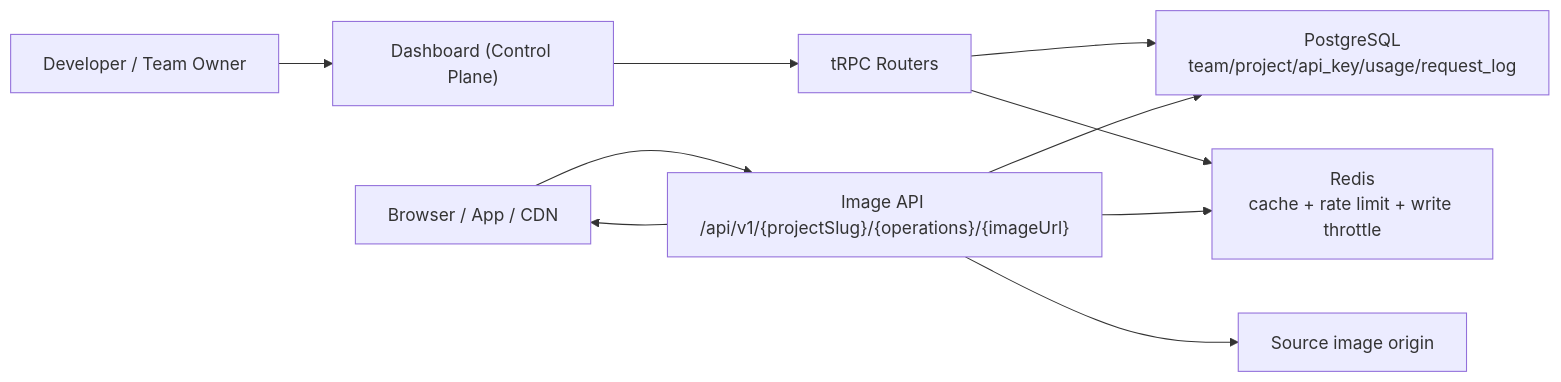
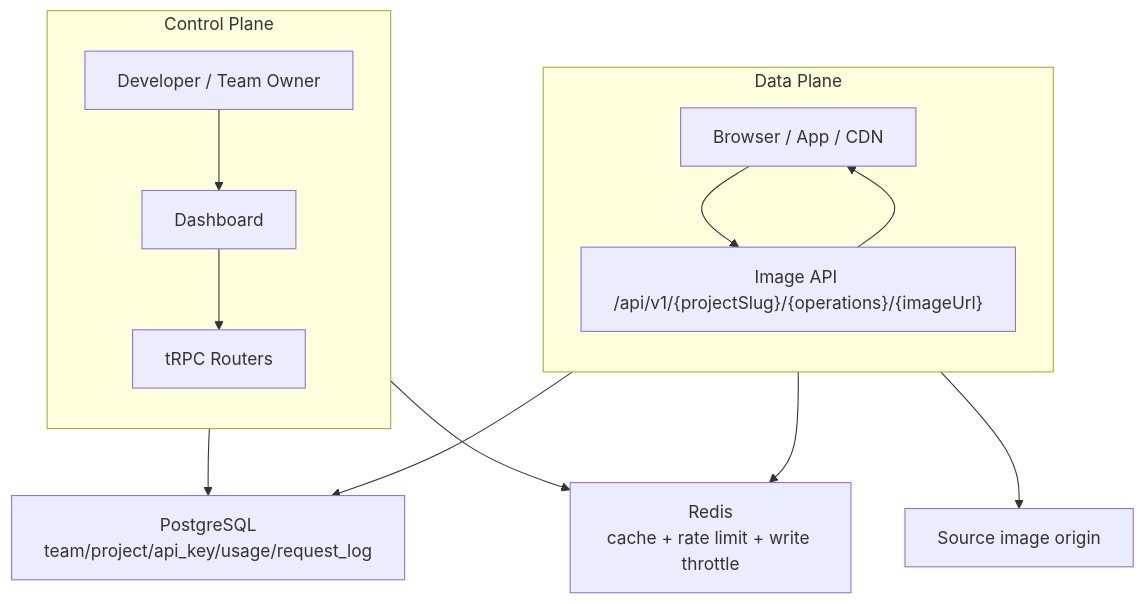
Before and after one commit to EricTsai83/optstuff: the first of 4 diagrams in apps/docs/content/docs/architecture/overview.mdx, drawn with Mermaid. The commit also changed 2 other files, not shown here.

Commit message:
Refactor architecture diagrams and enhance core concepts documentation
This commit updates the architecture diagrams in the overview, core concepts, and how-it-works sections to improve clarity and organization. The flowcharts are restructured to better represent the Control Plane and Data Plane, and additional context is provided regarding the implications of frontend-direct delivery versus backend-issued signed URLs. These changes aim to enhance the understanding of OptStuff's image delivery capabilities and governance.

````diff
--- a/apps/docs/content/docs/architecture/overview.mdx
+++ b/apps/docs/content/docs/architecture/overview.mdx
@@ -17,13 +17,19 @@
 ```mermaid
-flowchart LR
-  User["Developer / Team Owner"] --> Dashboard["Dashboard (Control Plane)"]
-  Dashboard --> TRPC["tRPC Routers"]
+flowchart TB
+  subgraph ControlPlane["Control Plane"]
+    direction TB
+    User["Developer / Team Owner"] --> Dashboard["Dashboard"]
+    Dashboard --> TRPC["tRPC Routers"]
+  end
   TRPC --> Pg["PostgreSQL\nteam/project/api_key/usage/request_log"]
   TRPC --> Redis["Redis\ncache + rate limit + write throttle"]
 
-  Client["Browser / App / CDN"] --> API["Image API /api/v1/{projectSlug}/{operations}/{imageUrl}"]
+  subgraph DataPlane["Data Plane"]
+    direction TB
+    Client["Browser / App / CDN"] --> API["Image API /api/v1/{projectSlug}/{operations}/{imageUrl}"]
+  end
   API --> Redis
   API --> Pg
   API --> Origin["Source image origin"]
   API --> Client
 ```
````
